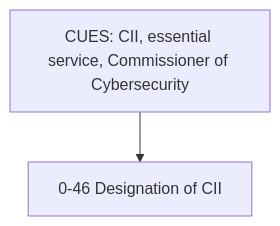
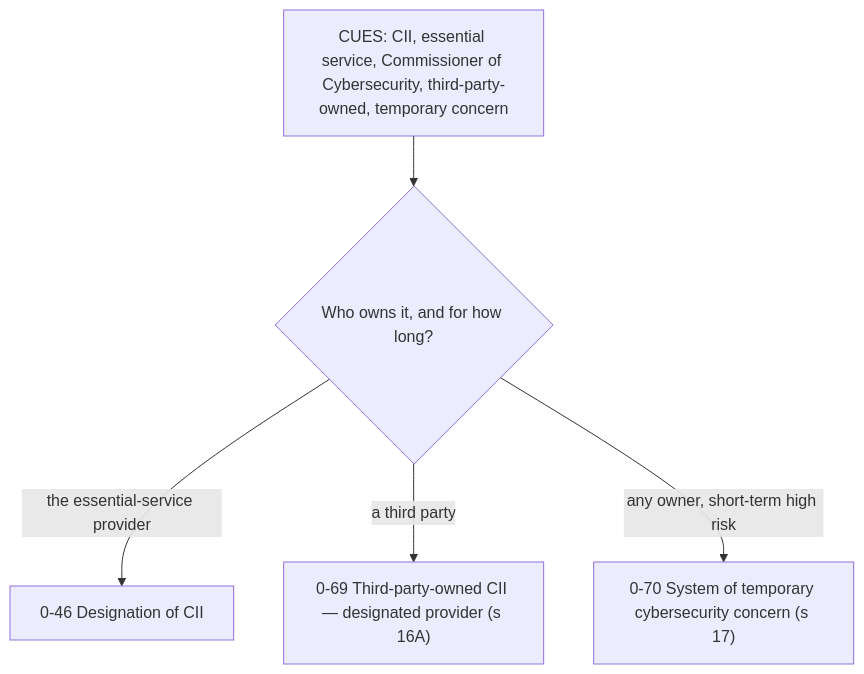
One commit to bennchristian/Bennett-Part-B-Bar-Exam-Helper changed diagram 12 of 59 in study/clk-m/flowcharts.md. Above: the diagram before and after it, drawn with Mermaid. The commit also changed other lines of this file and 9 other files, not shown here.

````diff
--- a/study/clk-m/flowcharts.md
+++ b/study/clk-m/flowcharts.md
@@ -477,4 +477,7 @@
 ```mermaid
 flowchart TD
-  C["CUES: CII, essential service, Commissioner of Cybersecurity"] --> L1["0-46 Designation of CII"]
+  C["CUES: CII, essential service, Commissioner of Cybersecurity, third-party-owned, temporary concern"] --> D{"Who owns it, and for how long?"}
+  D -- "the essential-service provider" --> L1["0-46 Designation of CII"]
+  D -- "a third party" --> L2["0-69 Third-party-owned CII — designated provider (s 16A)"]
+  D -- "any owner, short-term high risk" --> L3["0-70 System of temporary cybersecurity concern (s 17)"]
 ```
````
